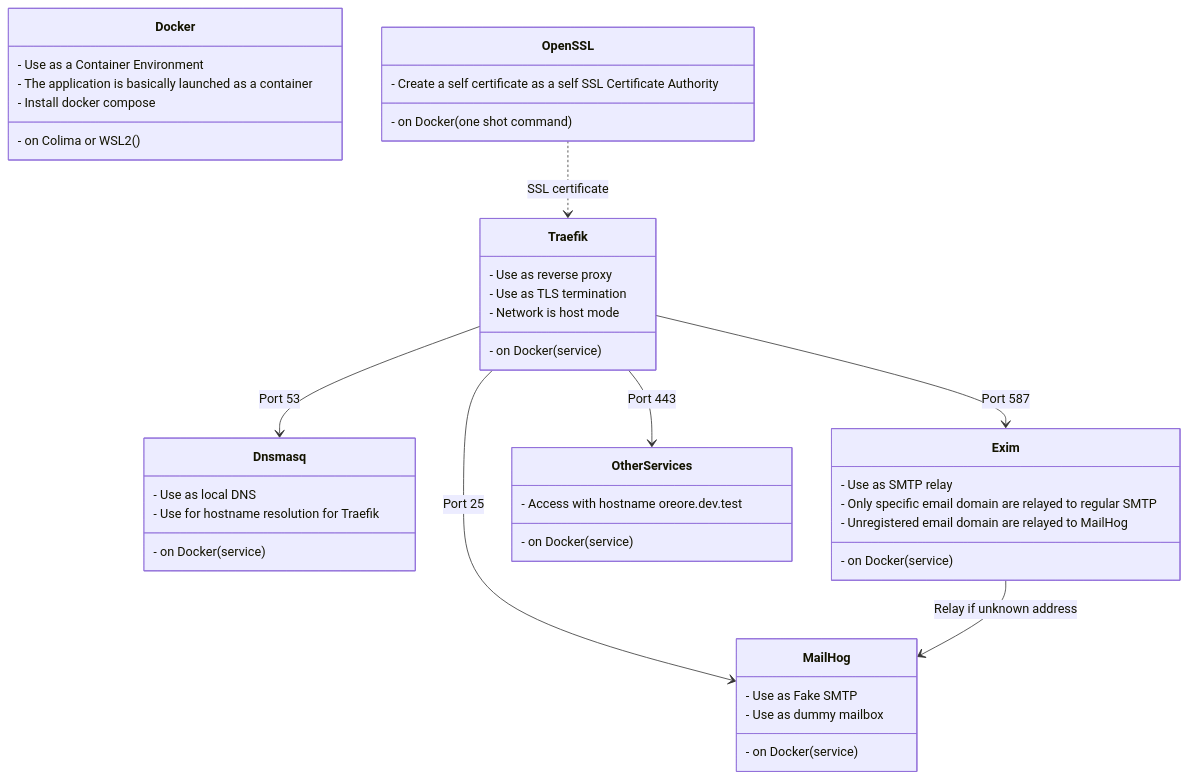
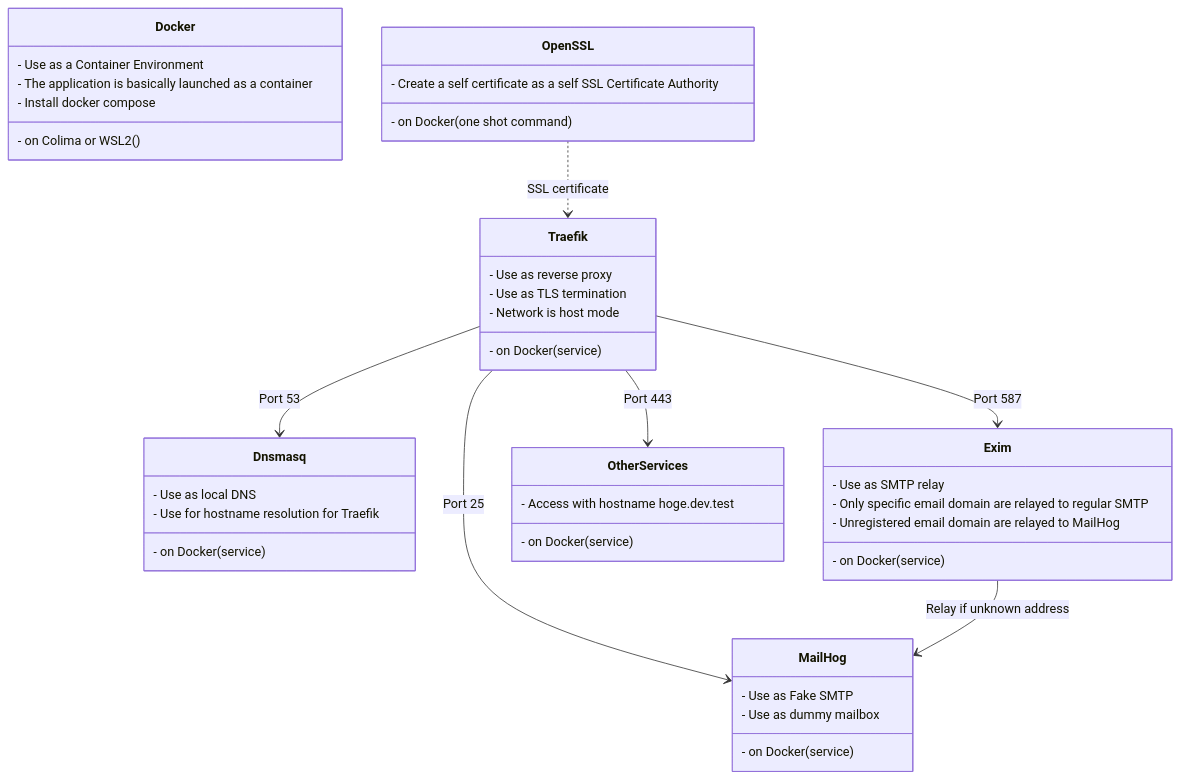
The diagram in README.md (arkbig/devbase), drawn with Mermaid before and after one commit. The commit also changed other lines of this file, not shown here.

````diff
--- a/README.md
+++ b/README.md
@@ -17,50 +17,50 @@
 ```mermaid
 classDiagram
 
 class Docker {
     - Use as a Container Environment
     - The application is basically launched as a container
     - Install docker compose
     - on Colima or WSL2()
 }
 
 OpenSSL ..> Traefik : SSL certificate
 
 Traefik --> Dnsmasq : Port 53
 Traefik --> Exim : Port 587
 Traefik --> MailHog : Port 25
 Traefik --> OtherServices : Port 443
 
 Exim --> MailHog : Relay if unknown address
 
 class OpenSSL {
     - Create a self certificate as a self SSL Certificate Authority
     - on Docker(one shot command)
 }
 class Traefik {
     - Use as reverse proxy
     - Use as TLS termination
     - Network is host mode
     - on Docker(service)
 }
 class Dnsmasq {
     - Use as local DNS
     - Use for hostname resolution for Traefik
     - on Docker(service)
 }
 class Exim {
     - Use as SMTP relay
     - Only specific email domain are relayed to regular SMTP
     - Unregistered email domain are relayed to MailHog
     - on Docker(service)
 }
 class MailHog {
     - Use as Fake SMTP
     - Use as dummy mailbox
     - on Docker(service)
 }
 class OtherServices {
-    - Access with hostname oreore.dev.test
+    - Access with hostname hoge.dev.test
     - on Docker(service)
 }
 ```
````
